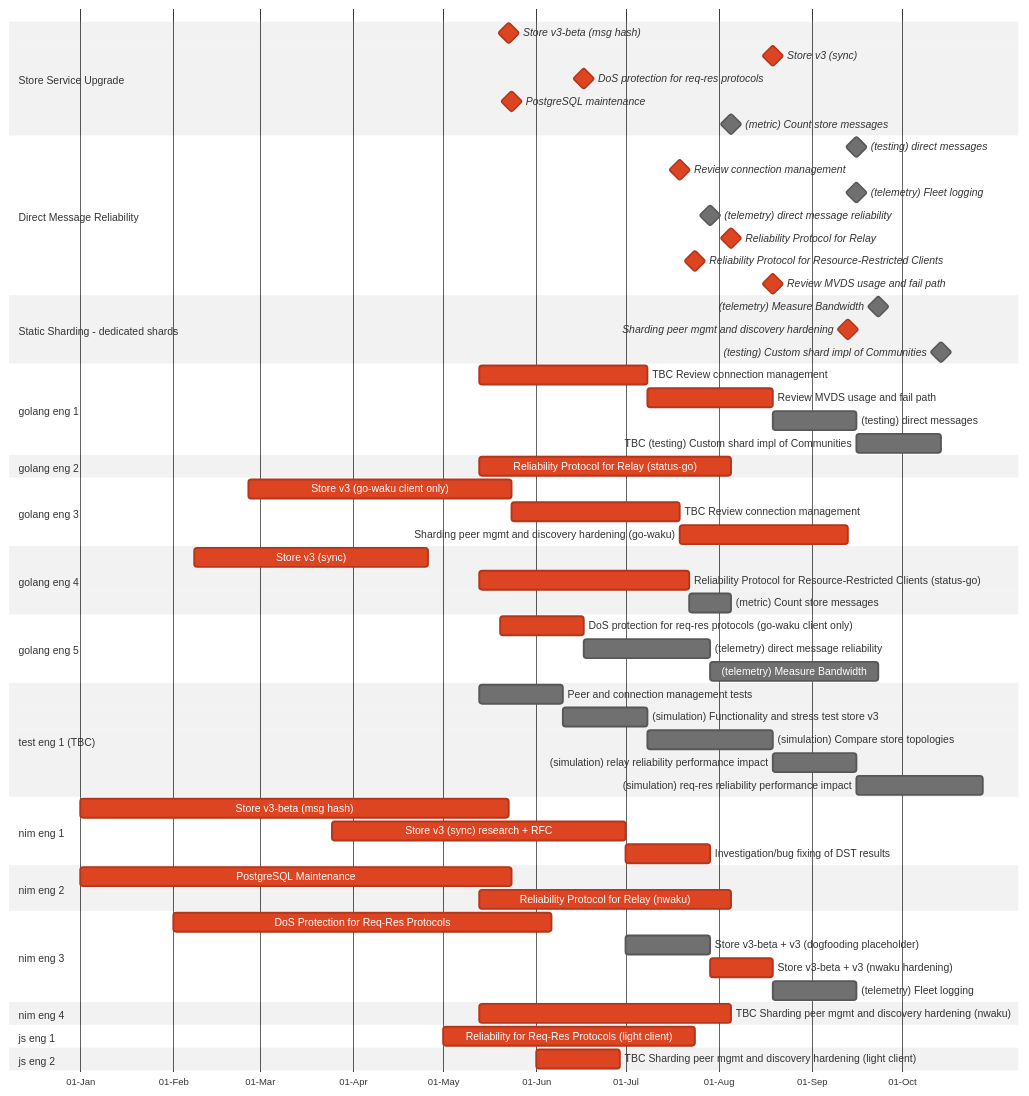
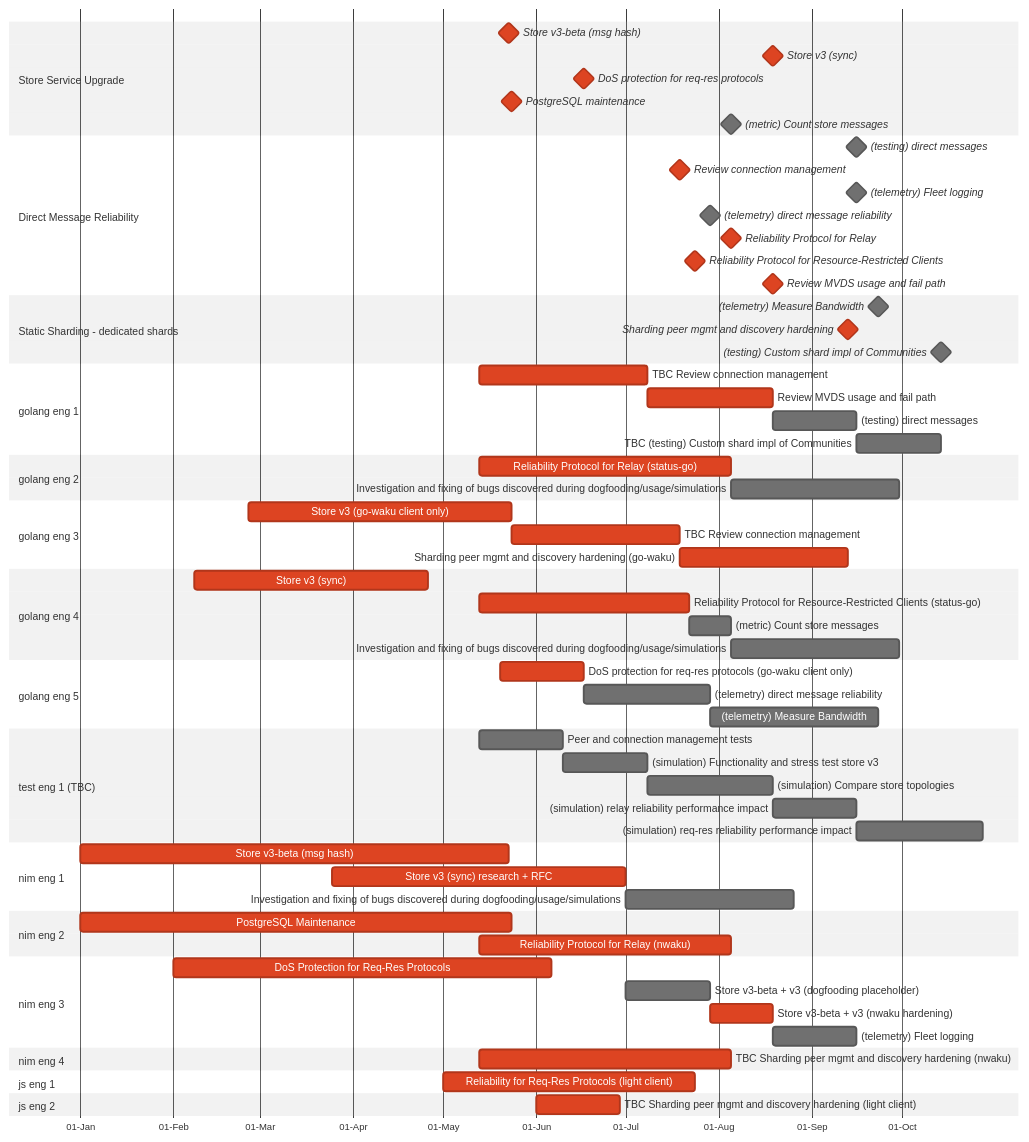
Before and after one commit to logos-co/roadmap: the diagram in content/waku/2024-gantt.md, drawn with Mermaid (neutral theme).

Commit message:
Confirm estimates

```diff
--- a/content/waku/2024-gantt.md
+++ b/content/waku/2024-gantt.md
@@ -49,6 +49,7 @@
         TBC (testing) Custom shard impl of Communities: test-custom-shard, after test-direct-msg, 4w 
     section golang eng 2
         Reliability Protocol for Relay (status-go): crit, rel-relay-g, 2024-05-13, 12w
+        Investigation and fixing of bugs discovered during dogfooding/usage/simulations: go-bugs-1, after rel-relay-g, 8w
     section golang eng 3
         Store v3 (go-waku client only): crit, storev3-g, 2024-02-26, 2024-05-24
         %% Estimate TBC - assuming parallel work possible
@@ -58,6 +59,7 @@
         Store v3 (sync): crit, 2024-02-08, 2024-04-26
         Reliability Protocol for Resource-Restricted Clients (status-go): crit, rel-reqres-g, 2024-05-13, 10w
         (metric) Count store messages: count-store-msg, after rel-reqres-g, 2w
+        Investigation and fixing of bugs discovered during dogfooding/usage/simulations: go-bugs-2, after count-store-msg, 8w
     section golang eng 5
         DoS protection for req-res protocols (go-waku client only): crit, dosreqresg, 2024-05-20, 4w
         (telemetry) direct message reliability: telem-d-msg-rel, 2024-06-17, 6w
@@ -78,7 +80,7 @@
         %% Only dogfooding remaining
         Store v3-beta (msg hash): crit, storev3-br, 2024-01-01, 2024-05-23
         Store v3 (sync) research + RFC: crit, storev3-r, 2024-03-25, 14w
-        Investigation/bug fixing of DST results: crit, 2024-07-01, 4w
+        Investigation and fixing of bugs discovered during dogfooding/usage/simulations: after storev3-r, 8w
     section nim eng 2
         PostgreSQL Maintenance: crit, pgsql, 2024-01-01, 2024-05-24
         Reliability Protocol for Relay (nwaku): crit, rel-relay-n, 2024-05-13, 12w
```
